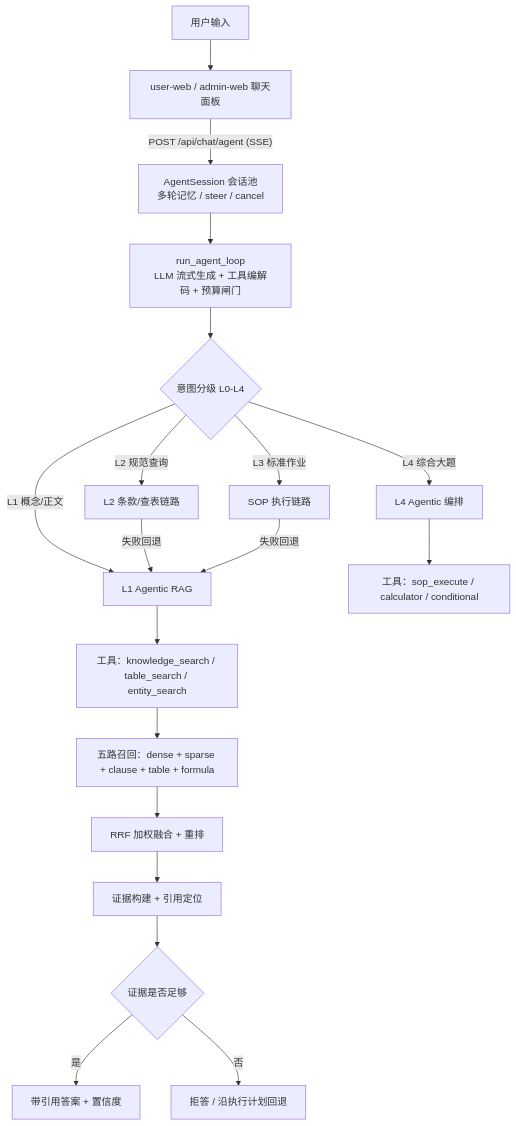
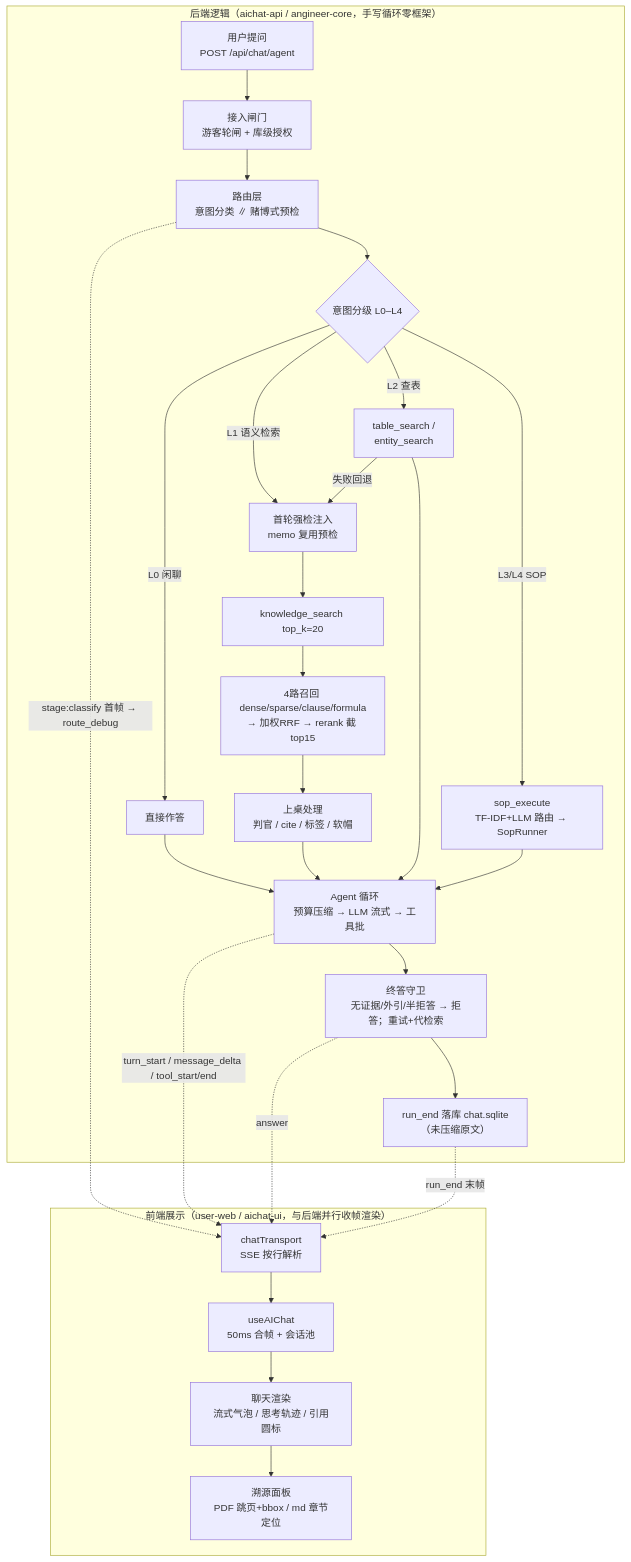
Before and after one commit to 0mao0/AnGIneer: the second of 9 diagrams in docs/tech-report.md, drawn with Mermaid. The commit also changed other lines of this file, not shown here.

First line of the commit message:
docs: tech-report 扩写——3.2 分组分库存储 / 3.3 知识图谱 / 3.4 Dream Cycle / 3.5 公开基准成绩（OmniDocBench·素材体检 B 层·OpenRAG v4 nightly）+ 第 9 章路线图与第 10 章快速开始与部署

````diff
--- a/docs/tech-report.md
+++ b/docs/tech-report.md
@@ -62,21 +62,28 @@
 ```mermaid
 flowchart TB
-    U["用户输入"] --> F["user-web / admin-web 聊天面板"]
-    F -->|"POST /api/chat/agent (SSE)"| S["AgentSession 会话池<br/>多轮记忆 / steer / cancel"]
-    S --> L["run_agent_loop<br/>LLM 流式生成 + 工具编解码 + 预算闸门"]
-    L --> C{"意图分级 L0-L4"}
-    C -->|"L1 概念/正文"| A1["L1 Agentic RAG"]
-    C -->|"L2 规范查询"| A2["L2 条款/查表链路"]
-    C -->|"L3 标准作业"| A3["SOP 执行链路"]
-    C -->|"L4 综合大题"| A4["L4 Agentic 编排"]
-    A2 -->|"失败回退"| A1
-    A3 -->|"失败回退"| A1
-    A1 --> T["工具：knowledge_search / table_search / entity_search"]
-    A4 --> T2["工具：sop_execute / calculator / conditional"]
-    T --> R["五路召回：dense + sparse + clause + table + formula"]
-    R --> F2["RRF 加权融合 + 重排"]
-    F2 --> E["证据构建 + 引用定位"]
-    E --> G{"证据是否足够"}
-    G -->|"是"| Ans["带引用答案 + 置信度"]
-    G -->|"否"| Ref["拒答 / 沿执行计划回退"]
+    subgraph BE["后端逻辑（aichat-api / angineer-core，手写循环零框架）"]
+        U["用户提问<br/>POST /api/chat/agent"] --> GATE["接入闸门<br/>游客轮闸 + 库级授权"]
+        GATE --> ROUTE["路由层<br/>意图分类 ∥ 赌博式预检"]
+        ROUTE --> LEVEL{"意图分级 L0–L4"}
+        LEVEL -->|"L0 闲聊"| L0["直接作答"]
+        LEVEL -->|"L1 语义检索"| INJ["首轮强检注入<br/>memo 复用预检"]
+        INJ --> KS["knowledge_search top_k=20"]
+        KS --> PIPE["4路召回 dense/sparse/clause/formula<br/>→ 加权RRF → rerank 截 top15"]
+        PIPE --> TABLE["上桌处理<br/>判官 / cite / 标签 / 软帽"]
+        LEVEL -->|"L2 查表"| TS["table_search /<br/>entity_search"]
+        TS -->|"失败回退"| INJ
+        LEVEL -->|"L3/L4 SOP"| SOP["sop_execute<br/>TF-IDF+LLM 路由 → SopRunner"]
+        L0 & TABLE & TS & SOP --> LOOP["Agent 循环<br/>预算压缩 → LLM 流式 → 工具批"]
+        LOOP --> GUARD["终答守卫<br/>无证据/外引/半拒答 → 拒答；重试+代检索"]
+        GUARD --> ENDN["run_end 落库 chat.sqlite<br/>（未压缩原文）"]
+    end
+    subgraph FE["前端展示（user-web / aichat-ui，与后端并行收帧渲染）"]
+        TRANS["chatTransport<br/>SSE 按行解析"] --> STATE["useAIChat<br/>50ms 合帧 + 会话池"]
+        STATE --> REND["聊天渲染<br/>流式气泡 / 思考轨迹 / 引用圆标"]
+        REND --> DOC["溯源面板<br/>PDF 跳页+bbox / md 章节定位"]
+    end
+    ROUTE -.->|"stage:classify 首帧 → route_debug"| TRANS
+    LOOP -.->|"turn_start / message_delta / tool_start/end"| TRANS
+    GUARD -.->|"answer"| TRANS
+    ENDN -.->|"run_end 末帧"| TRANS
 ```
````
